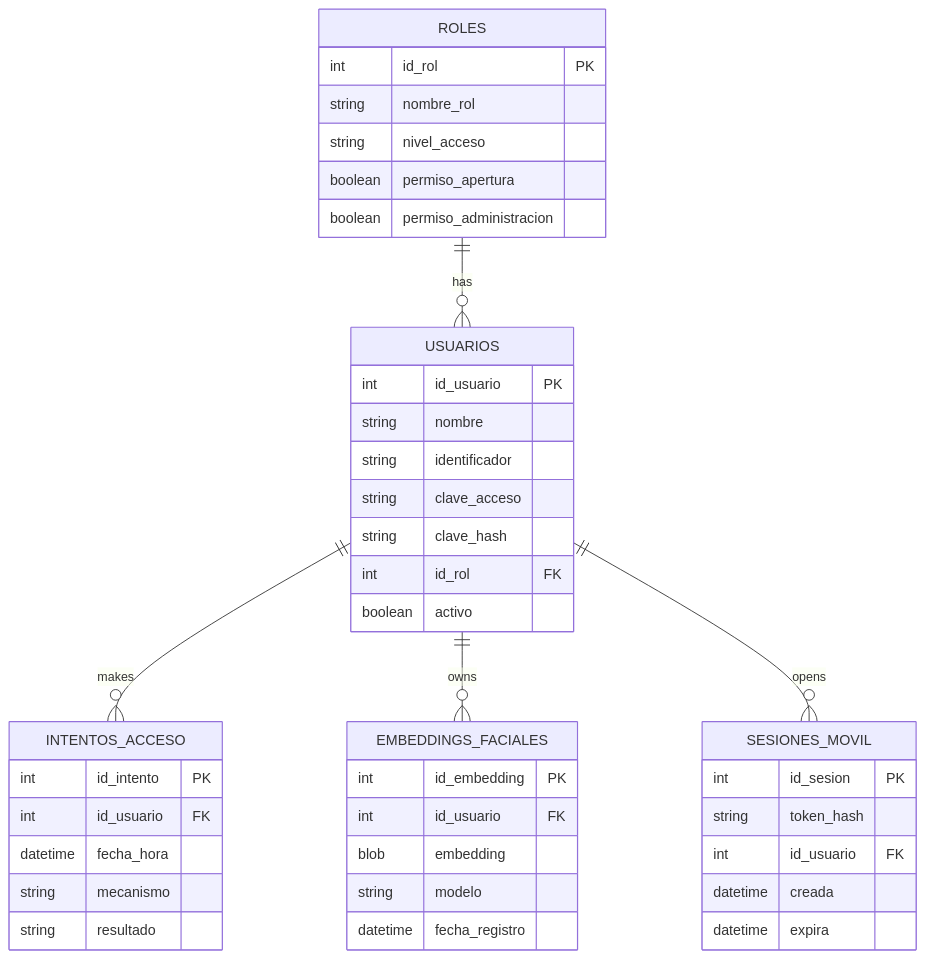
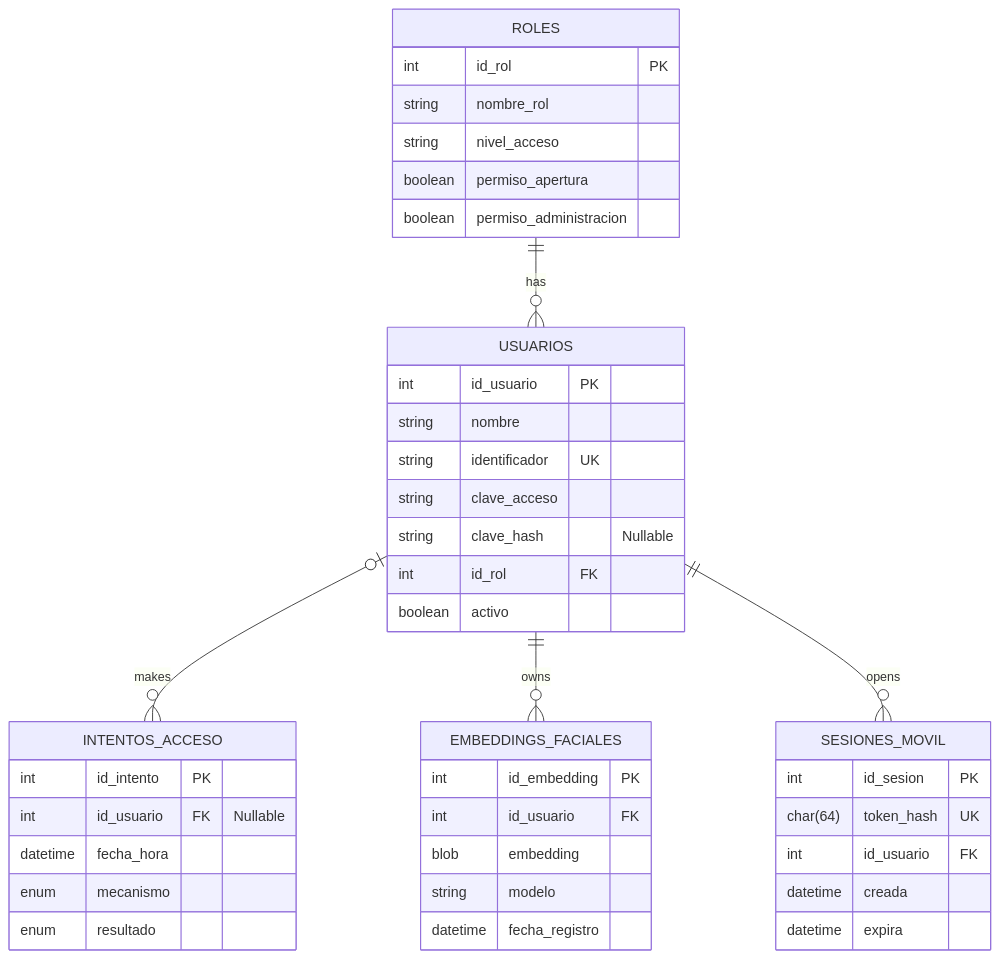
One commit to Gowrgie/ControlAccesoLocal changed the diagram in documentacion/data.md. Above: the diagram before and after it, drawn with Mermaid.

Commit message:
docs: align ER diagram with database schema

````diff
--- a/documentacion/data.md
+++ b/documentacion/data.md
@@ -1,49 +1,49 @@
 ```mermaid
 erDiagram
     ROLES ||--o{ USUARIOS : "has"
-    USUARIOS ||--o{ INTENTOS_ACCESO : "makes"
+    USUARIOS |o--o{ INTENTOS_ACCESO : "makes"
     USUARIOS ||--o{ EMBEDDINGS_FACIALES : "owns"
     USUARIOS ||--o{ SESIONES_MOVIL : "opens"
 
     ROLES {
         int id_rol PK
         string nombre_rol
         string nivel_acceso
         boolean permiso_apertura
         boolean permiso_administracion
     }
 
     USUARIOS {
         int id_usuario PK
         string nombre
-        string identificador
+        string identificador UK
         string clave_acceso
-        string clave_hash
+        string clave_hash "Nullable"
         int id_rol FK
         boolean activo
     }
 
     INTENTOS_ACCESO {
         int id_intento PK
-        int id_usuario FK
+        int id_usuario FK "Nullable"
         datetime fecha_hora
-        string mecanismo
-        string resultado
+        enum mecanismo
+        enum resultado
     }
 
     EMBEDDINGS_FACIALES {
         int id_embedding PK
         int id_usuario FK
         blob embedding
         string modelo
         datetime fecha_registro
     }
 
     SESIONES_MOVIL {
         int id_sesion PK
-        string token_hash
+        char(64) token_hash UK
         int id_usuario FK
         datetime creada
         datetime expira
     }
 ```
````
